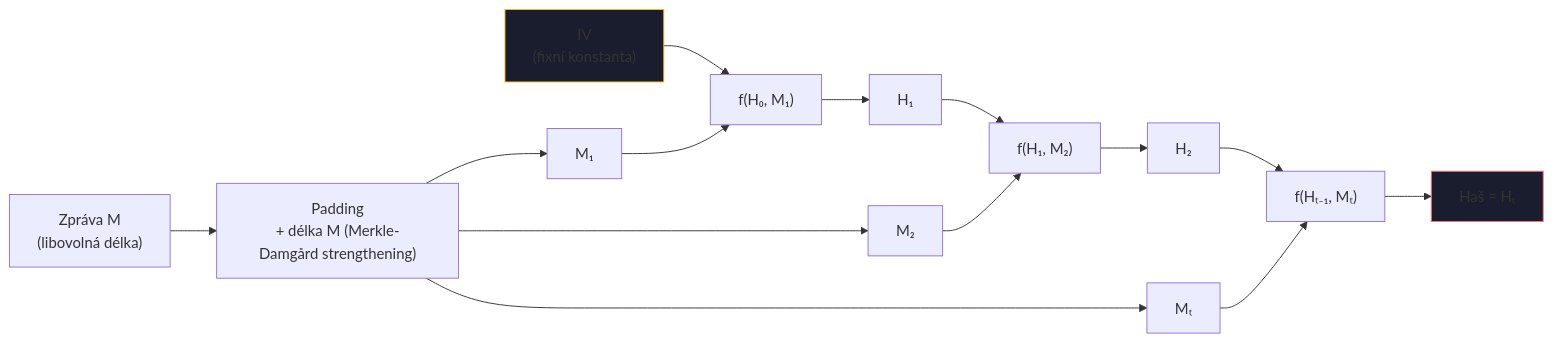
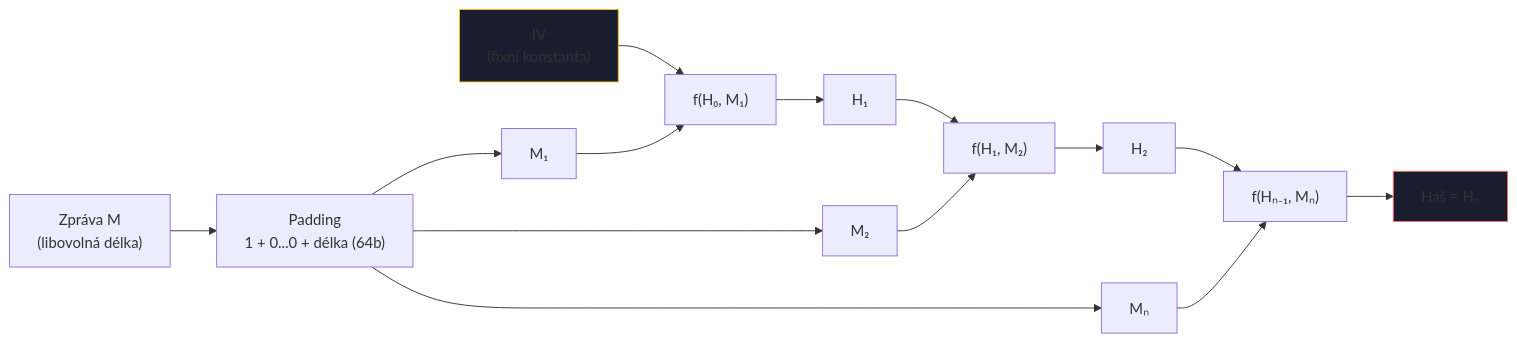
Before and after one commit to MatuskaDev/CTU-KAB-Study-Material: the first of 2 diagrams in docs/skripta/04-hash.md, drawn with Mermaid. The commit also changed other lines of this file and 277 other files, not shown here.

````diff
--- a/docs/skripta/04-hash.md
+++ b/docs/skripta/04-hash.md
@@ -56,13 +196,13 @@
 ```mermaid
 flowchart LR
-    M["Zpráva M\n(libovolná délka)"] --> PAD["Padding\n+ délka M (Merkle-Damgård strengthening)"]
-    PAD --> M1["M₁"] & M2["M₂"] & MT["Mₜ"]
+    M["Zpráva M\n(libovolná délka)"] --> PAD["Padding\n1 + 0...0 + délka (64b)"]
+    PAD --> M1["M₁"] & M2["M₂"] & MT["Mₙ"]
     IV["IV\n(fixní konstanta)"] --> F1["f(H₀, M₁)"] --> H1["H₁"]
     M1 --> F1
     H1 --> F2["f(H₁, M₂)"] --> H2["H₂"]
     M2 --> F2
-    H2 --> FT["f(Hₜ₋₁, Mₜ)"] --> HT["Haš = Hₜ"]
+    H2 --> FT["f(Hₙ₋₁, Mₙ)"] --> HT["Haš = Hₙ"]
     MT --> FT
     style IV fill:#1a1d2e,stroke:#fbbf24
     style HT fill:#1a1d2e,stroke:#f87171
 ```
````
